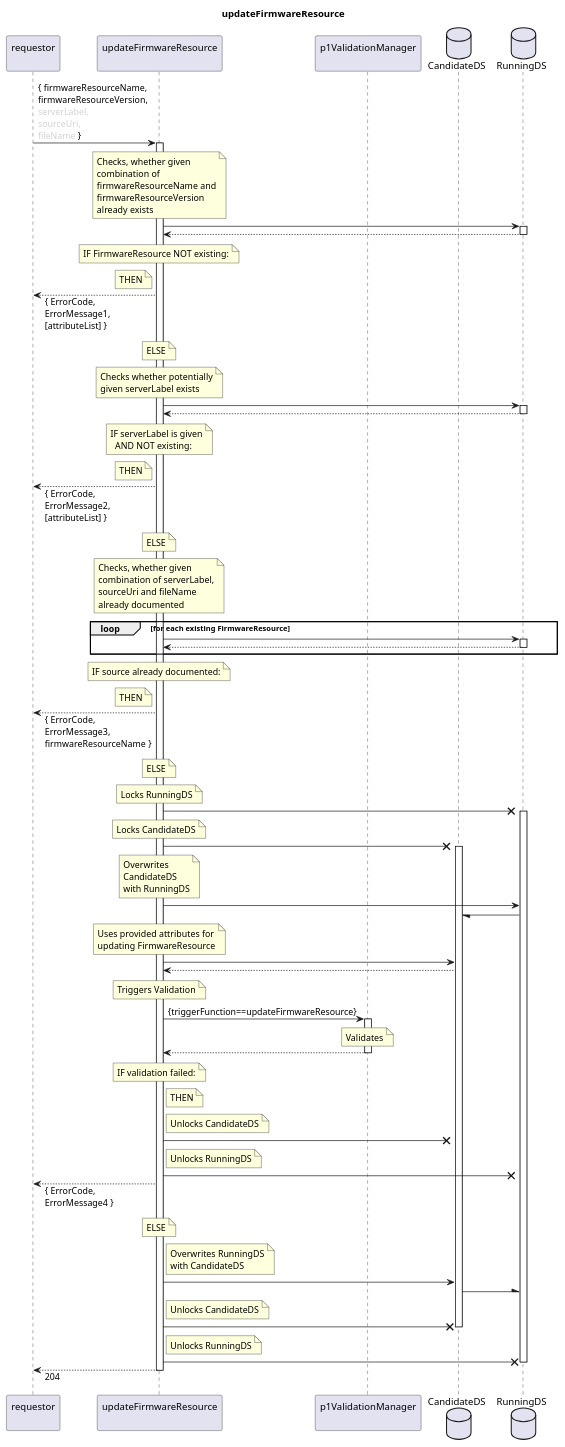
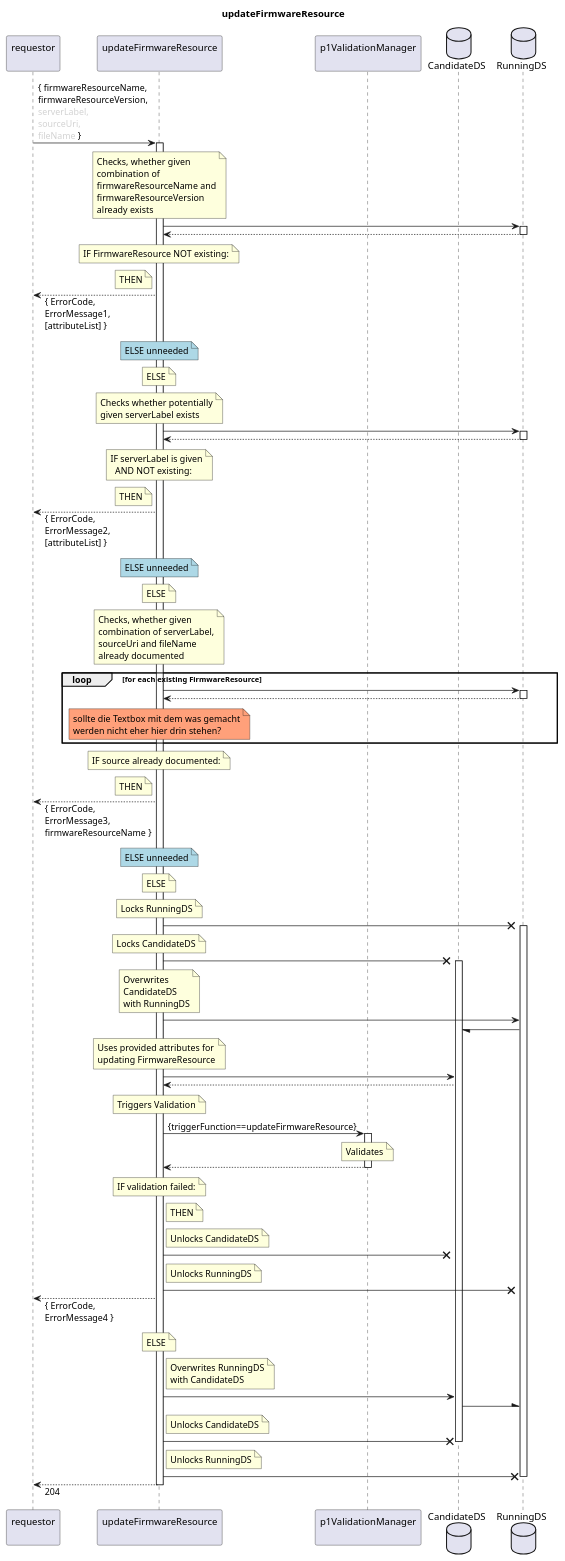
One commit to openBackhaul/FirmWareManager changed the diagram in spec/Services/updateFirmwareResource/1.0.0/updateFirmwareResource.plantuml. Above: the diagram before and after it, drawn with PlantUML. The commit also changed 3 other files, not shown here.

```diff
--- a/spec/Services/updateFirmwareResource/1.0.0/updateFirmwareResource.plantuml
+++ b/spec/Services/updateFirmwareResource/1.0.0/updateFirmwareResource.plantuml
@@ -1,156 +1,171 @@
 @startuml updateFirmwareResource
 skinparam responseMessageBelowArrow true
 
 title
   updateFirmwareResource
 end title
 
 participant "requestor\n" as requestor
 participant "updateFirmwareResource\n" as cur
 participant "p1ValidationManager\n" as valiMan
 database "CandidateDS" as CanDS
 database "RunningDS" as RunDS
 
 requestor -> cur: { firmwareResourceName,\nfirmwareResourceVersion,\n<color:LightGray>serverLabel,\n<color:LightGray>sourceUri,\n<color:LightGray>fileName</color> }
 activate cur
 
   note over cur
     Checks, whether given
     combination of
     firmwareResourceName and
     firmwareResourceVersion
     already exists
   end note
   cur -> RunDS
   activate RunDS
   cur <-- RunDS
   deactivate RunDS
   note over cur
     IF FirmwareResource NOT existing:
   end note
   note left cur
     THEN
   end note
   requestor <-- cur: { ErrorCode,\nErrorMessage1,\n[attributeList] }
+  note over cur #LightBlue
+    ELSE unneeded
+  end note
   note over cur
     ELSE
   end note
 
   note over cur
     Checks whether potentially
     given serverLabel exists
   end note
   cur -> RunDS
   activate RunDS
   cur <-- RunDS
   deactivate RunDS
   note over cur
     IF serverLabel is given
       AND NOT existing:
   end note
   note left cur
     THEN
+  end note  
+  requestor <-- cur: { ErrorCode,\nErrorMessage2,\n[attributeList] }
+  note over cur #LightBlue
+    ELSE unneeded
   end note
-  requestor <-- cur: { ErrorCode,\nErrorMessage2,\n[attributeList] }
   note over cur
     ELSE
   end note
 
   note over cur
     Checks, whether given
     combination of serverLabel,
     sourceUri and fileName
     already documented
   end note
   loop for each existing FirmwareResource
     cur -> RunDS
     activate RunDS
     cur <-- RunDS
     deactivate RunDS
+    
+    note over cur #LightSalmon
+      sollte die Textbox mit dem was gemacht
+      werden nicht eher hier drin stehen?
+    end note
+
   end loop
   note over cur
     IF source already documented:
   end note
   note left cur
     THEN
   end note
   requestor <-- cur: { ErrorCode,\nErrorMessage3,\nfirmwareResourceName }
+  note over cur #LightBlue
+    ELSE unneeded
+  end note
   note over cur
     ELSE
   end note
 
   note over cur
     Locks RunningDS
   end note
   cur -X RunDS
   activate RunDS
   note over cur
     Locks CandidateDS
   end note
   cur -X CanDS
   activate CanDS
   note over cur
     Overwrites
     CandidateDS
     with RunningDS
   end note
   cur -> RunDS
   RunDS -/ CanDS
 
   note over cur
     Uses provided attributes for
     updating FirmwareResource
   end note
   cur -> CanDS
   cur <-- CanDS
 
   note over cur
     Triggers Validation
   end note
   cur -> valiMan: {triggerFunction==updateFirmwareResource}
   activate valiMan
     note over valiMan
       Validates
     end note
   cur <-- valiMan
   deactivate valiMan
   note over cur
     IF validation failed:
   end note
   note right cur
     THEN
   end note
   note right cur
     Unlocks CandidateDS
   end note
   cur -X CanDS
   note right cur
     Unlocks RunningDS
   end note
   cur -X RunDS
   requestor <-- cur: { ErrorCode,\nErrorMessage4 }
   note over cur
     ELSE
   end note
 
   note right cur
     Overwrites RunningDS
     with CandidateDS
   end note
   cur -> CanDS
   CanDS -\ RunDS
   note right cur
     Unlocks CandidateDS
   end note
   cur -X CanDS
   deactivate CanDS
   note right cur
     Unlocks RunningDS
   end note
   cur -X RunDS
   deactivate RunDS
 
 requestor <-- cur: 204
 deactivate cur
 
 @enduml
```
